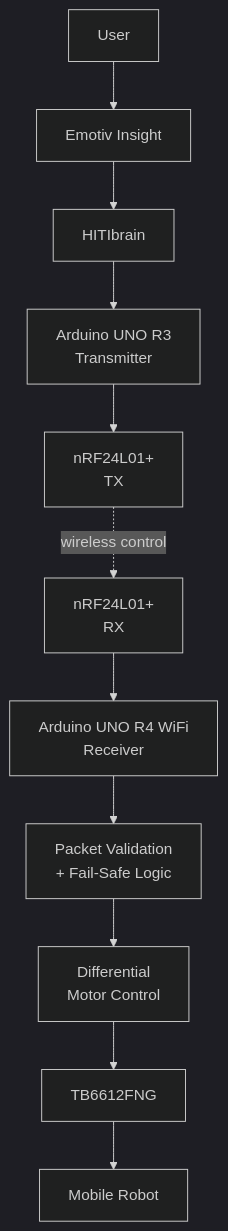
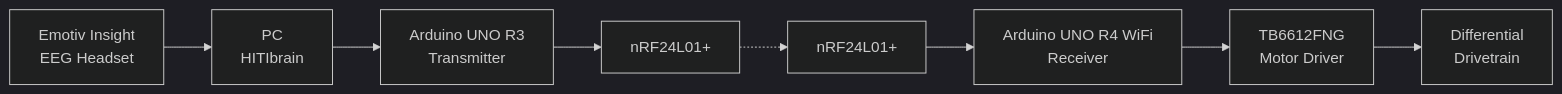
One commit to alexandershaw03/eeg-robot changed the diagram in V1/README.md. Above: the diagram before and after it, drawn with Mermaid (dark theme). The commit also changed other lines of this file, not shown here.

````diff
--- a/V1/README.md
+++ b/V1/README.md
@@ -15,25 +17,19 @@
 ```mermaid
-flowchart TD
-    USER["User"]
-    EEG["Emotiv Insight"]
-    HITI["HITIbrain"]
-    R3["Arduino UNO R3<br/>Transmitter"]
-    TXRF["nRF24L01+<br/>TX"]
-    RXRF["nRF24L01+<br/>RX"]
-    R4["Arduino UNO R4 WiFi<br/>Receiver"]
-    SAFE["Packet Validation<br/>+ Fail-Safe Logic"]
-    MOTOR["Differential<br/>Motor Control"]
-    TB["TB6612FNG"]
-    ROBOT["Mobile Robot"]
+flowchart LR
+    EEG["Emotiv Insight<br/>EEG Headset"]
+    PC["PC<br/>HITIbrain"]
+    TX["Arduino UNO R3<br/>Transmitter"]
+    RF1["nRF24L01+"]
+    RF2["nRF24L01+"]
+    RX["Arduino UNO R4 WiFi<br/>Receiver"]
+    DRIVER["TB6612FNG<br/>Motor Driver"]
+    MOTORS["Differential<br/>Drivetrain"]
 
-    USER --> EEG
-    EEG --> HITI
-    HITI --> R3
-    R3 --> TXRF
-    TXRF -. wireless control .-> RXRF
-    RXRF --> R4
-    R4 --> SAFE
-    SAFE --> MOTOR
-    MOTOR --> TB
-    TB --> ROBOT
+    EEG --> PC
+    PC --> TX
+    TX --> RF1
+    RF1 -.-> RF2
+    RF2 --> RX
+    RX --> DRIVER
+    DRIVER --> MOTORS
 ```
````
